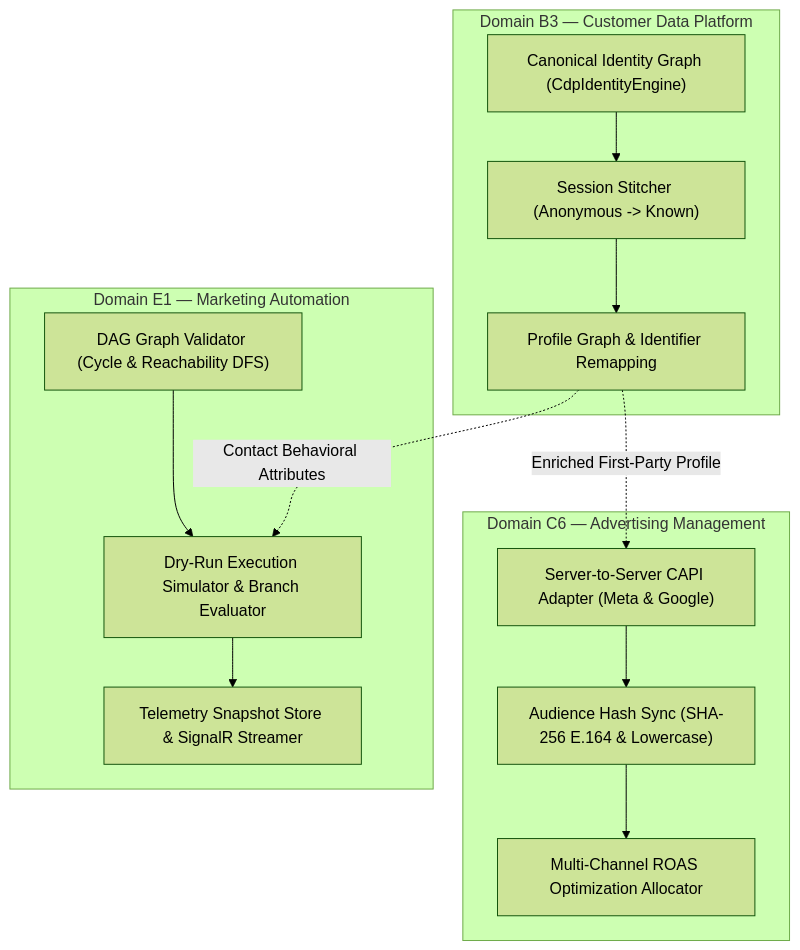
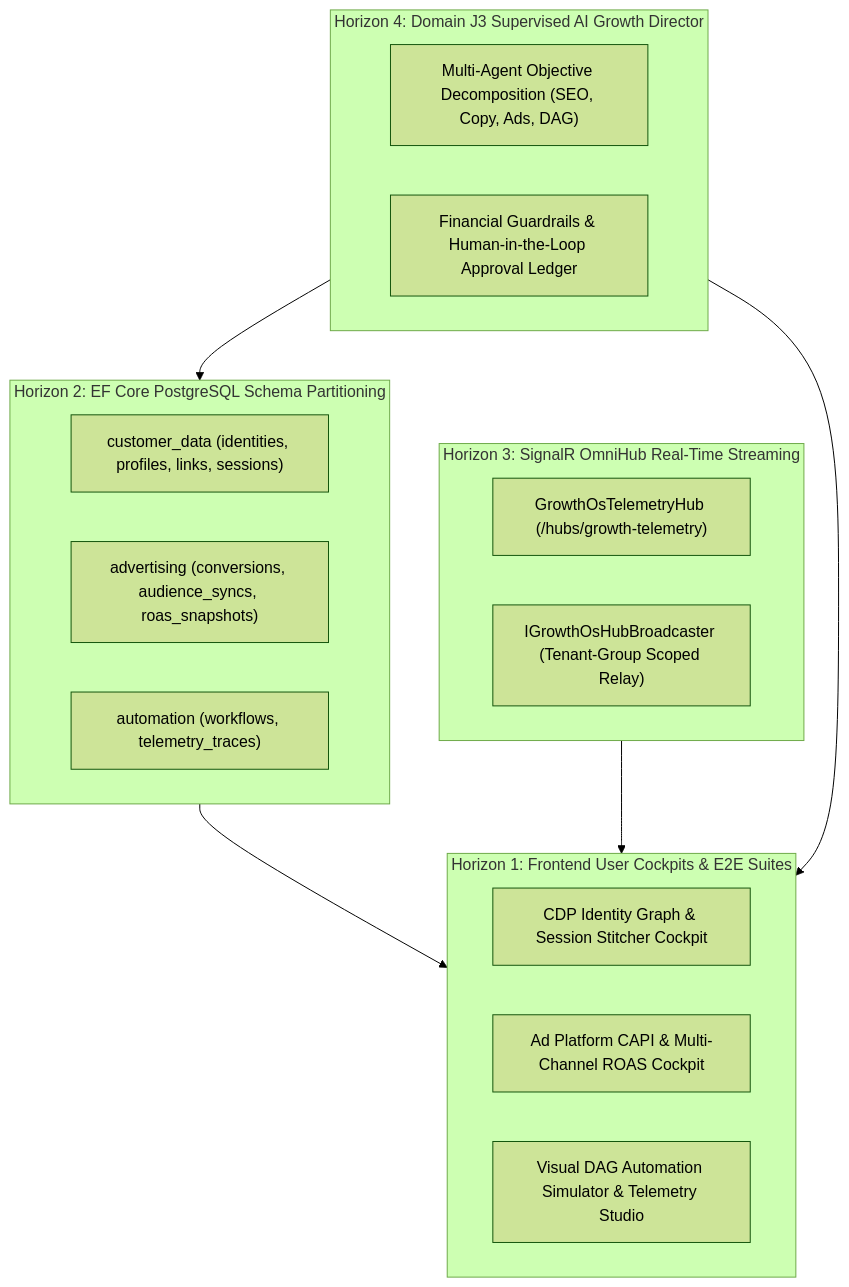
The diagram in docs/growth-os-roadmap-execution-report.md (Moutia-Ben-Yahia/SGrowing), drawn with Mermaid (forest theme) before and after one commit. The commit also changed other lines of this file, not shown here.

Commit message:
docs: finalize multi-horizon growth OS roadmap execution report

````diff
--- a/docs/growth-os-roadmap-execution-report.md
+++ b/docs/growth-os-roadmap-execution-report.md
@@ -17,29 +13,29 @@
 ```mermaid
 graph TD
-    subgraph CDP["Domain B3 — Customer Data Platform"]
-        IDG["Canonical Identity Graph (CdpIdentityEngine)"]
-        STITCH["Session Stitcher (Anonymous -> Known)"]
-        GRAPH["Profile Graph & Identifier Remapping"]
-        IDG --> STITCH
-        STITCH --> GRAPH
+    subgraph H1["Horizon 1: Frontend User Cockpits & E2E Suites"]
+        H1_1["CDP Identity Graph & Session Stitcher Cockpit"]
+        H1_2["Ad Platform CAPI & Multi-Channel ROAS Cockpit"]
+        H1_3["Visual DAG Automation Simulator & Telemetry Studio"]
     end
 
-    subgraph ADS["Domain C6 — Advertising Management"]
-        CAPI["Server-to-Server CAPI Adapter (Meta & Google)"]
-        AUD["Audience Hash Sync (SHA-256 E.164 & Lowercase)"]
-        ROAS["Multi-Channel ROAS Optimization Allocator"]
-        CAPI --> AUD
-        AUD --> ROAS
+    subgraph H2["Horizon 2: EF Core PostgreSQL Schema Partitioning"]
+        H2_1["customer_data (identities, profiles, links, sessions)"]
+        H2_2["advertising (conversions, audience_syncs, roas_snapshots)"]
+        H2_3["automation (workflows, telemetry_traces)"]
     end
 
-    subgraph AUTO["Domain E1 — Marketing Automation"]
-        DAG["DAG Graph Validator (Cycle & Reachability DFS)"]
-        SIM["Dry-Run Execution Simulator & Branch Evaluator"]
-        TELEM["Telemetry Snapshot Store & SignalR Streamer"]
-        DAG --> SIM
-        SIM --> TELEM
+    subgraph H3["Horizon 3: SignalR OmniHub Real-Time Streaming"]
+        H3_1["GrowthOsTelemetryHub (/hubs/growth-telemetry)"]
+        H3_2["IGrowthOsHubBroadcaster (Tenant-Group Scoped Relay)"]
     end
 
-    GRAPH -.->|Enriched First-Party Profile| CAPI
-    GRAPH -.->|Contact Behavioral Attributes| SIM
+    subgraph H4["Horizon 4: Domain J3 Supervised AI Growth Director"]
+        H4_1["Multi-Agent Objective Decomposition (SEO, Copy, Ads, DAG)"]
+        H4_2["Financial Guardrails & Human-in-the-Loop Approval Ledger"]
+    end
+
+    H2 --> H1
+    H3 --> H1
+    H4 --> H1
+    H4 --> H2
 ```
````
